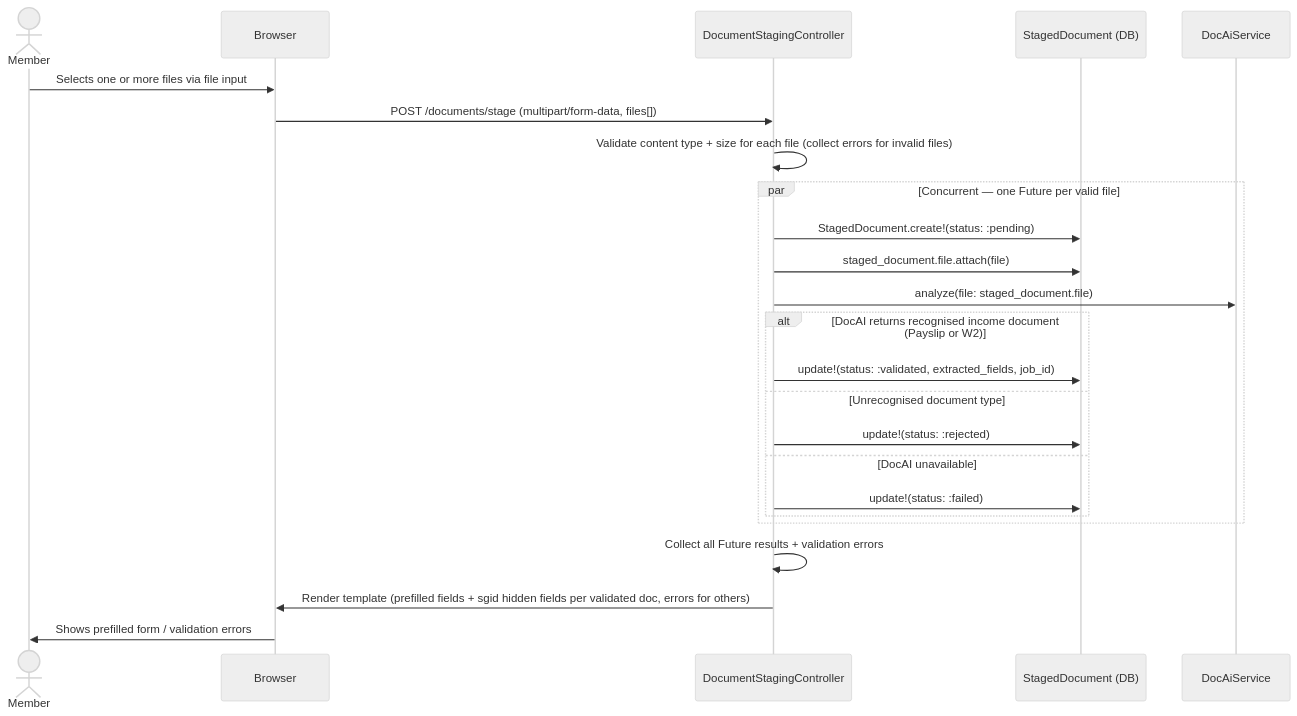
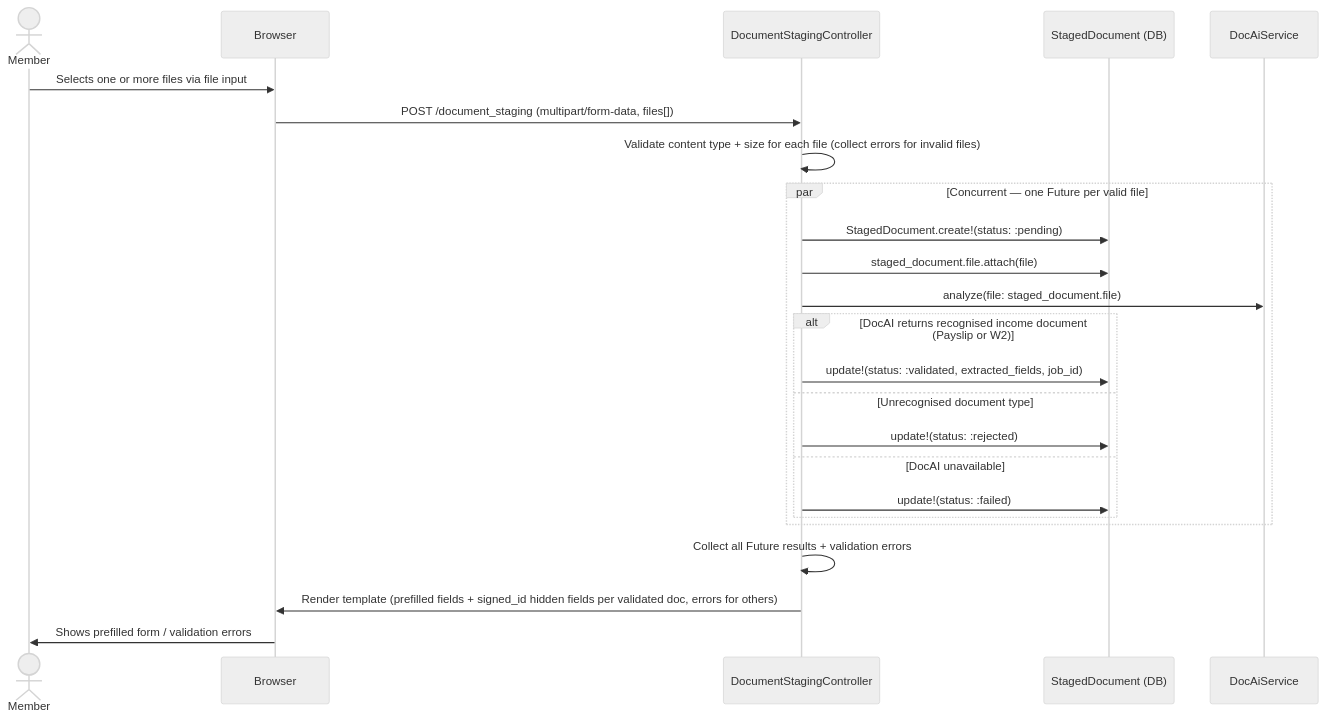
One commit to navapbc/oscer changed the second of 7 diagrams in docs/architecture/doc-ai-integration/doc-ai-api.md. Above: the diagram before and after it, drawn with Mermaid (neutral theme). The commit also changed other lines of this file, not shown here.

````diff
--- a/docs/architecture/doc-ai-integration/doc-ai-api.md
+++ b/docs/architecture/doc-ai-integration/doc-ai-api.md
@@ -49,30 +49,30 @@
 ```mermaid
 sequenceDiagram
     actor Member
     participant Browser
     participant Controller as DocumentStagingController
     participant DB as StagedDocument (DB)
     participant DocAI as DocAiService
 
     Member->>Browser: Selects one or more files via file input
-    Browser->>Controller: POST /documents/stage (multipart/form-data, files[])
+    Browser->>Controller: POST /document_staging (multipart/form-data, files[])
 
     Controller->>Controller: Validate content type + size for each file (collect errors for invalid files)
 
     par Concurrent — one Future per valid file
         Controller->>DB: StagedDocument.create!(status: :pending)
         Controller->>DB: staged_document.file.attach(file)
         Controller->>DocAI: analyze(file: staged_document.file)
         alt DocAI returns recognised income document (Payslip or W2)
             Controller->>DB: update!(status: :validated, extracted_fields, job_id)
         else Unrecognised document type
             Controller->>DB: update!(status: :rejected)
         else DocAI unavailable
             Controller->>DB: update!(status: :failed)
         end
     end
 
     Controller->>Controller: Collect all Future results + validation errors
-    Controller->>Browser: Render template (prefilled fields + sgid hidden fields per validated doc, errors for others)
+    Controller->>Browser: Render template (prefilled fields + signed_id hidden fields per validated doc, errors for others)
     Browser->>Member: Shows prefilled form / validation errors
 ```
````
